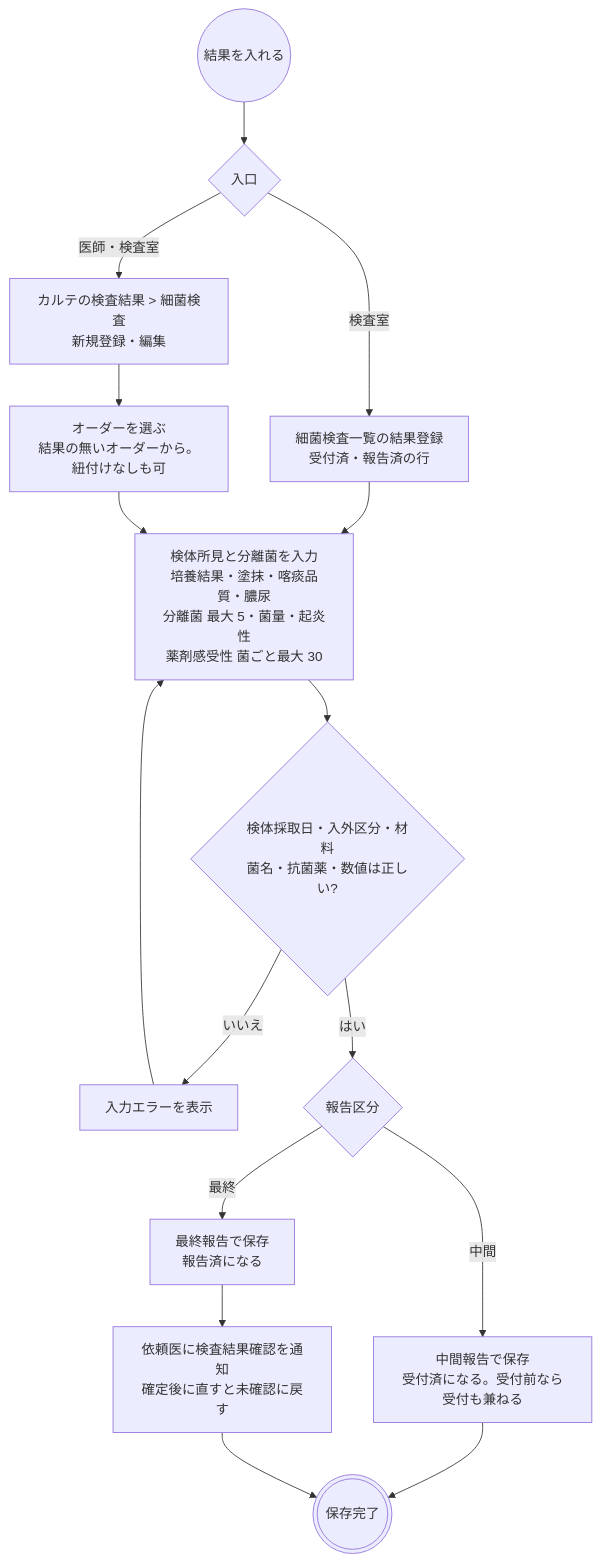
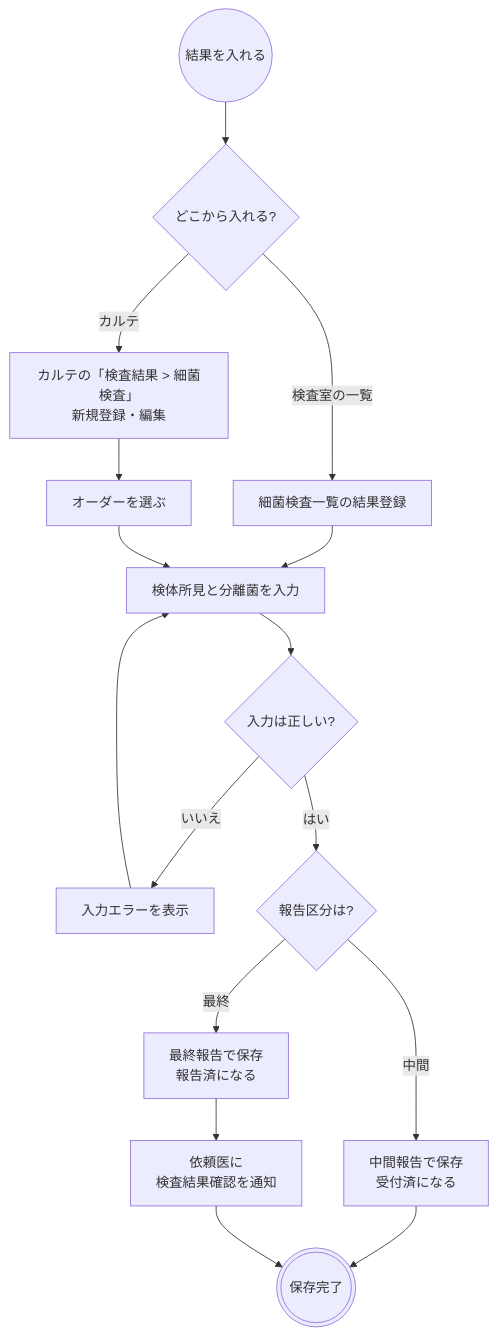
Before and after one commit to ysnr-dev/fhir-client-docs: the fifth of 6 diagrams in docs/flows/micro.md, drawn with Mermaid. The commit also changed other lines of this file and 43 other files, not shown here.

Commit message:
docs: 業務フローとシーケンス図を写し直し

````diff
--- a/docs/flows/micro.md
+++ b/docs/flows/micro.md
@@ -186,25 +216,25 @@
 ```mermaid
 flowchart TD
   open(("結果を入れる"))
-  where{"入口"}
-  worklist["細菌検査一覧の結果登録<br/>受付済・報告済の行"]
-  karte["カルテの検査結果 > 細菌検査<br/>新規登録・編集"]
-  link["オーダーを選ぶ<br/>結果の無いオーダーから。紐付けなしも可"]
-  fill["検体所見と分離菌を入力<br/>培養結果・塗抹・喀痰品質・膿尿<br/>分離菌 最大 5・菌量・起炎性<br/>薬剤感受性 菌ごと最大 30"]
-  valid{"検体採取日・入外区分・材料<br/>菌名・抗菌薬・数値は正しい?"}
+  where{"どこから入れる?"}
+  worklist["細菌検査一覧の結果登録"]
+  karte["カルテの「検査結果 > 細菌検査」<br/>新規登録・編集"]
+  link["オーダーを選ぶ"]
+  fill["検体所見と分離菌を入力"]
+  valid{"入力は正しい?"}
   error["入力エラーを表示"]
-  status{"報告区分"}
-  prelim["中間報告で保存<br/>受付済になる。受付前なら受付も兼ねる"]
+  status{"報告区分は?"}
+  prelim["中間報告で保存<br/>受付済になる"]
   finalSave["最終報告で保存<br/>報告済になる"]
-  notifyReview["依頼医に検査結果確認を通知<br/>確定後に直すと未確認に戻す"]
+  notifyReview["依頼医に<br/>検査結果確認を通知"]
   done((("保存完了")))
 
   open --> where
-  where -- "検査室" --> worklist --> fill
-  where -- "医師・検査室" --> karte --> link --> fill
+  where -- "検査室の一覧" --> worklist --> fill
+  where -- "カルテ" --> karte --> link --> fill
   fill --> valid
   valid -- "いいえ" --> error --> fill
   valid -- "はい" --> status
   status -- "中間" --> prelim --> done
   status -- "最終" --> finalSave --> notifyReview --> done
 ```
````
